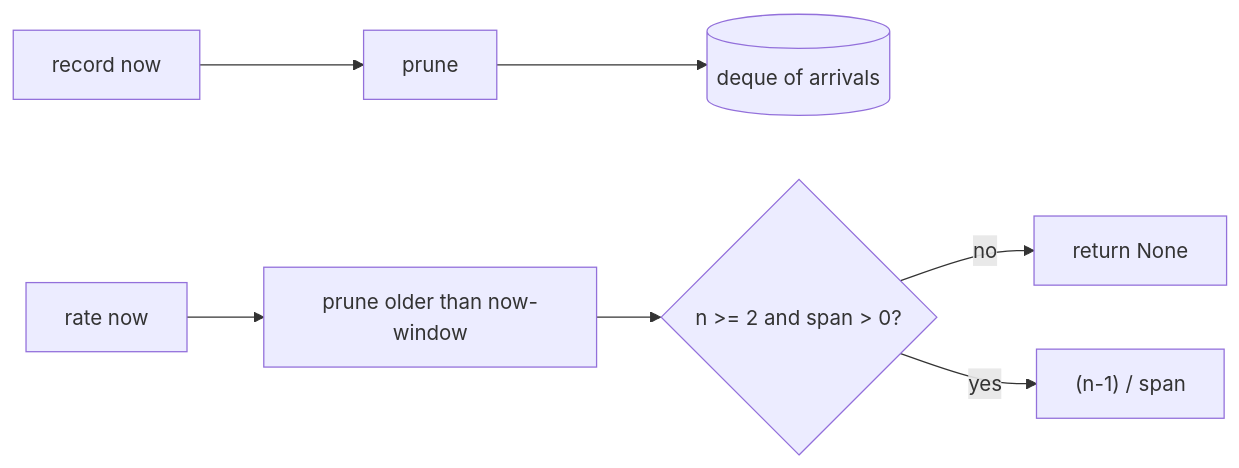
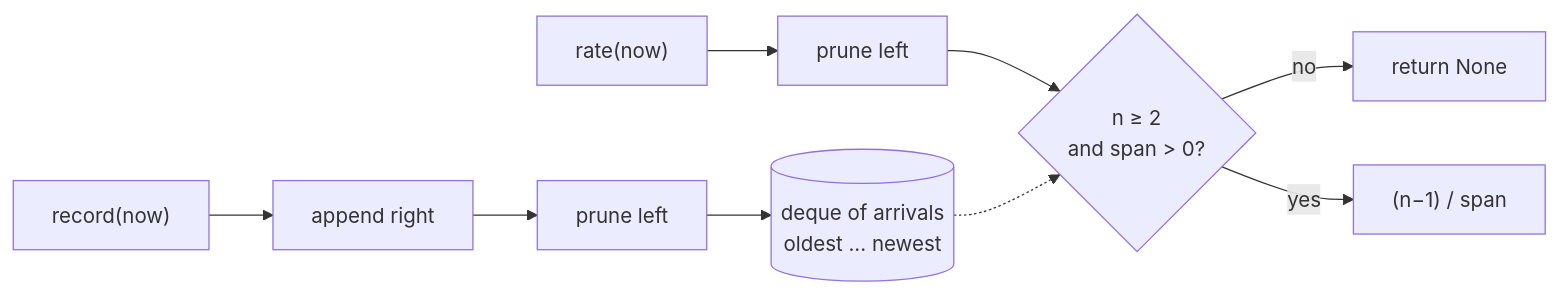
Before and after one commit to Boston-Robot-Hackers/metawtf: the diagram in 01-literate/06-rate_counter.md, drawn with Mermaid. The commit also changed other lines of this file and 65 other files, not shown here.

````diff
--- a/01-literate/06-rate_counter.md
+++ b/01-literate/06-rate_counter.md
@@ -76,8 +119,8 @@
 ```mermaid
 flowchart LR
-    R[record now] --> P1[prune] --> D[(deque of arrivals)]
-    Q[rate now] --> PR[prune older than now-window]
-    PR --> N{n >= 2 and span > 0?}
-    N -->|no| None1[return None]
-    N -->|yes| C["(n-1) / span"]
+    R["record(now)"] --> A["append right"] --> P1["prune left"] --> D[("deque of arrivals<br/>oldest ... newest")]
+    Q["rate(now)"] --> P2["prune left"] --> N{"n ≥ 2<br/>and span > 0?"}
+    N -->|no| Z["return None"]
+    N -->|yes| C["(n−1) / span"]
+    D -.-> N
 ```
````
